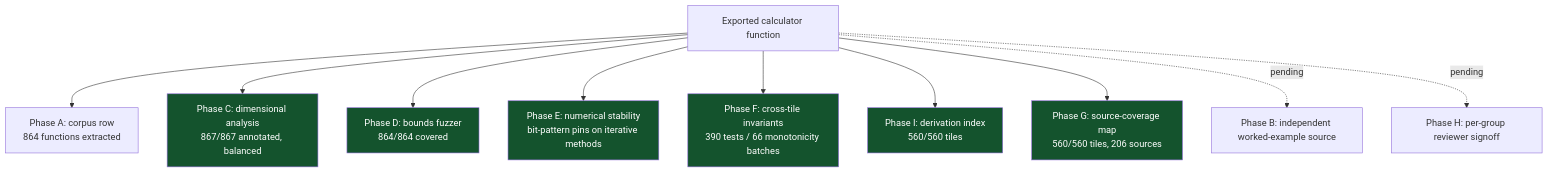
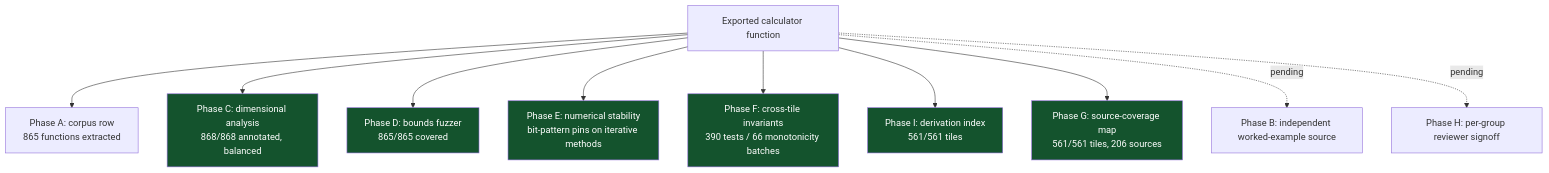
One commit to clay-good/roughlogic.com changed the fourth of 6 diagrams in README.md. Above: the diagram before and after it, drawn with Mermaid. The commit also changed other lines of this file and 15 other files, not shown here.

````diff
--- a/README.md
+++ b/README.md
@@ -274,18 +276,18 @@
 ```mermaid
 flowchart TB
-    F[Exported calculator function] --> A[Phase A: corpus row\n864 functions extracted]
-    F --> C[Phase C: dimensional analysis\n867/867 annotated, balanced]
-    F --> D[Phase D: bounds fuzzer\n864/864 covered]
+    F[Exported calculator function] --> A[Phase A: corpus row\n865 functions extracted]
+    F --> C[Phase C: dimensional analysis\n868/868 annotated, balanced]
+    F --> D[Phase D: bounds fuzzer\n865/865 covered]
     F --> E[Phase E: numerical stability\nbit-pattern pins on iterative methods]
     F --> Fa[Phase F: cross-tile invariants\n390 tests / 66 monotonicity batches]
-    F --> I[Phase I: derivation index\n560/560 tiles]
-    F --> G[Phase G: source-coverage map\n560/560 tiles, 206 sources]
+    F --> I[Phase I: derivation index\n561/561 tiles]
+    F --> G[Phase G: source-coverage map\n561/561 tiles, 206 sources]
     F -.pending.-> B[Phase B: independent worked-example source]
     F -.pending.-> H[Phase H: per-group reviewer signoff]
     style C fill:#14532d,color:#fff
     style D fill:#14532d,color:#fff
     style E fill:#14532d,color:#fff
     style Fa fill:#14532d,color:#fff
     style G fill:#14532d,color:#fff
     style I fill:#14532d,color:#fff
 ```
````
